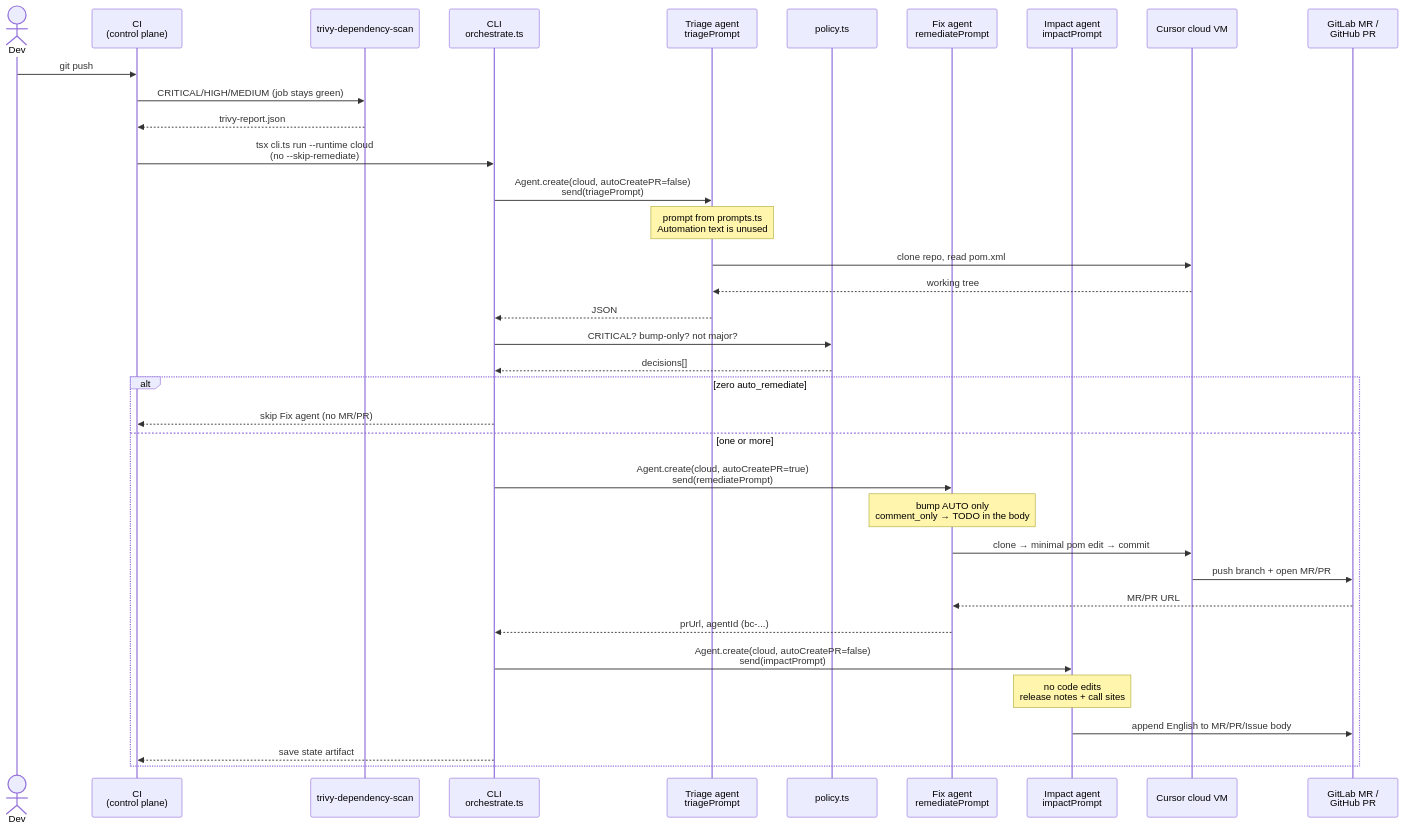
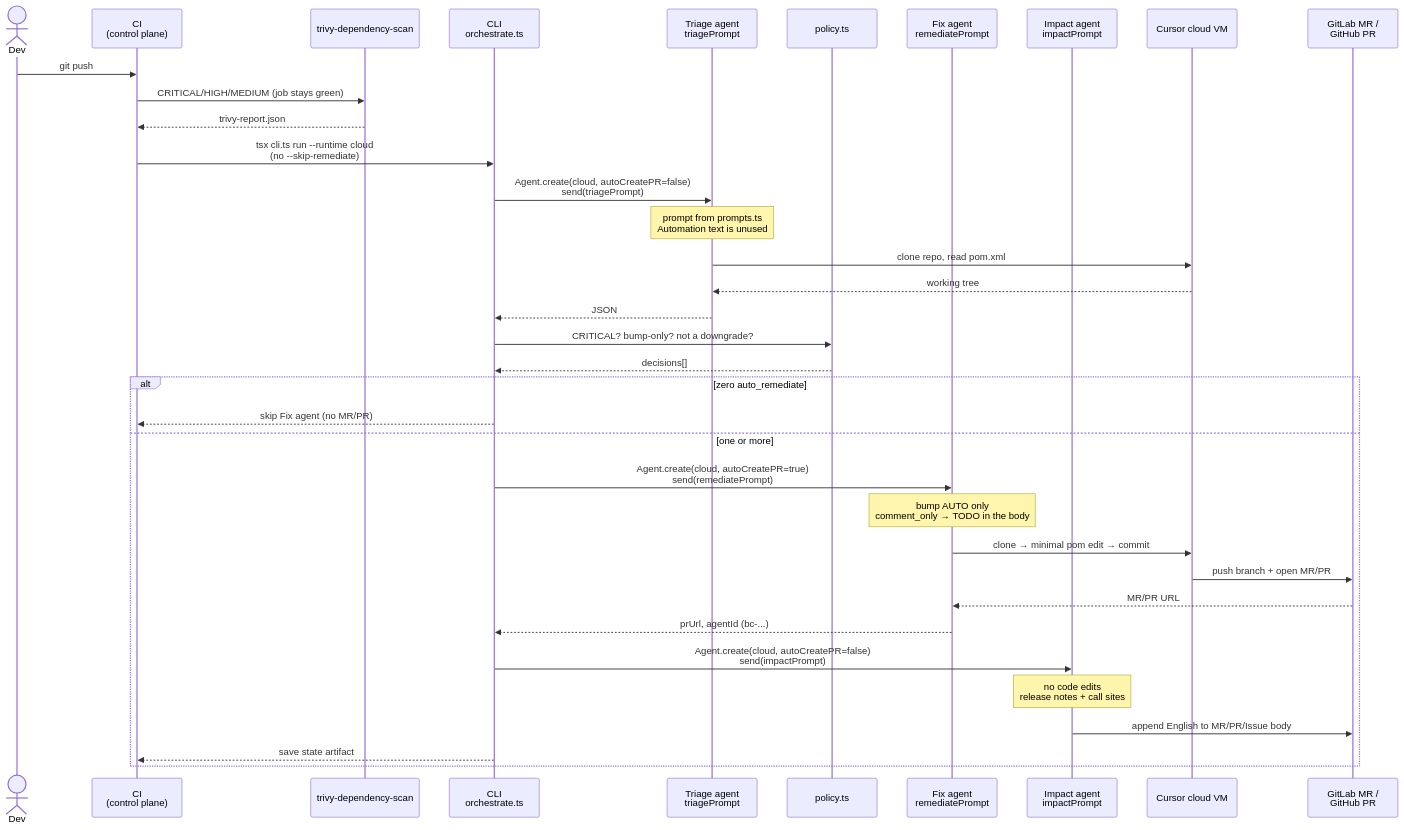
The second of 5 diagrams in cursor-sdk/SEQUENCE.md (Acme-finance-demo/cursor-governance-demo), drawn with Mermaid before and after one commit. The commit also changed other lines of this file and 13 other files, not shown here.

First line of the commit message:
Open a fix pull request for CRITICAL major bumps. (#104)

````diff
--- a/cursor-sdk/SEQUENCE.md
+++ b/cursor-sdk/SEQUENCE.md
@@ -73,43 +73,43 @@
 ```mermaid
 sequenceDiagram
     actor Dev
     participant GL as CI<br/>(control plane)
     participant Scan as trivy-dependency-scan
     participant CLI as CLI<br/>orchestrate.ts
     participant Triage as Triage agent<br/>triagePrompt
     participant Policy as policy.ts
     participant Fix as Fix agent<br/>remediatePrompt
     participant Impact as Impact agent<br/>impactPrompt
     participant Cursor as Cursor cloud VM
     participant Forge as GitLab MR /<br/>GitHub PR
 
     Dev->>GL: git push
     GL->>Scan: CRITICAL/HIGH/MEDIUM (job stays green)
     Scan-->>GL: trivy-report.json
 
     GL->>CLI: tsx cli.ts run --runtime cloud<br/>(no --skip-remediate)
 
     CLI->>Triage: Agent.create(cloud, autoCreatePR=false)<br/>send(triagePrompt)
     Note over Triage: prompt from prompts.ts<br/>Automation text is unused
     Triage->>Cursor: clone repo, read pom.xml
     Cursor-->>Triage: working tree
     Triage-->>CLI: JSON
 
-    CLI->>Policy: CRITICAL? bump-only? not major?
+    CLI->>Policy: CRITICAL? bump-only? not a downgrade?
     Policy-->>CLI: decisions[]
 
     alt zero auto_remediate
         CLI-->>GL: skip Fix agent (no MR/PR)
     else one or more
         CLI->>Fix: Agent.create(cloud, autoCreatePR=true)<br/>send(remediatePrompt)
         Note over Fix: bump AUTO only<br/>comment_only → TODO in the body
         Fix->>Cursor: clone → minimal pom edit → commit
         Cursor->>Forge: push branch + open MR/PR
         Forge-->>Fix: MR/PR URL
         Fix-->>CLI: prUrl, agentId (bc-...)
         CLI->>Impact: Agent.create(cloud, autoCreatePR=false)<br/>send(impactPrompt)
         Note over Impact: no code edits<br/>release notes + call sites
         Impact->>Forge: append English to MR/PR/Issue body
         CLI-->>GL: save state artifact
     end
 ```
````
